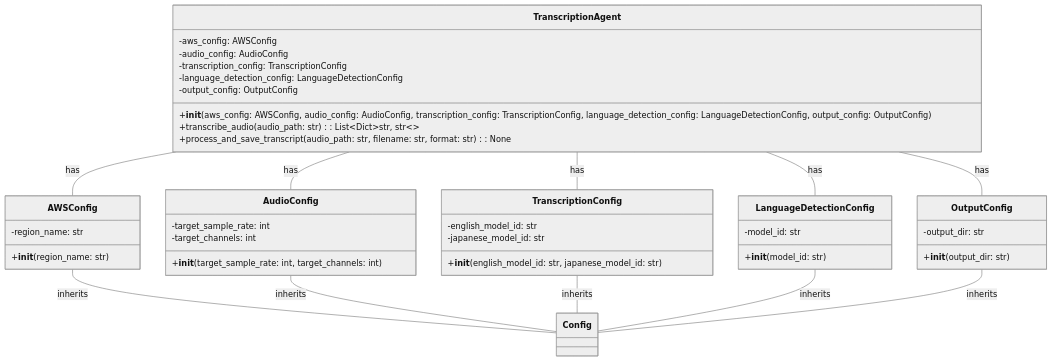
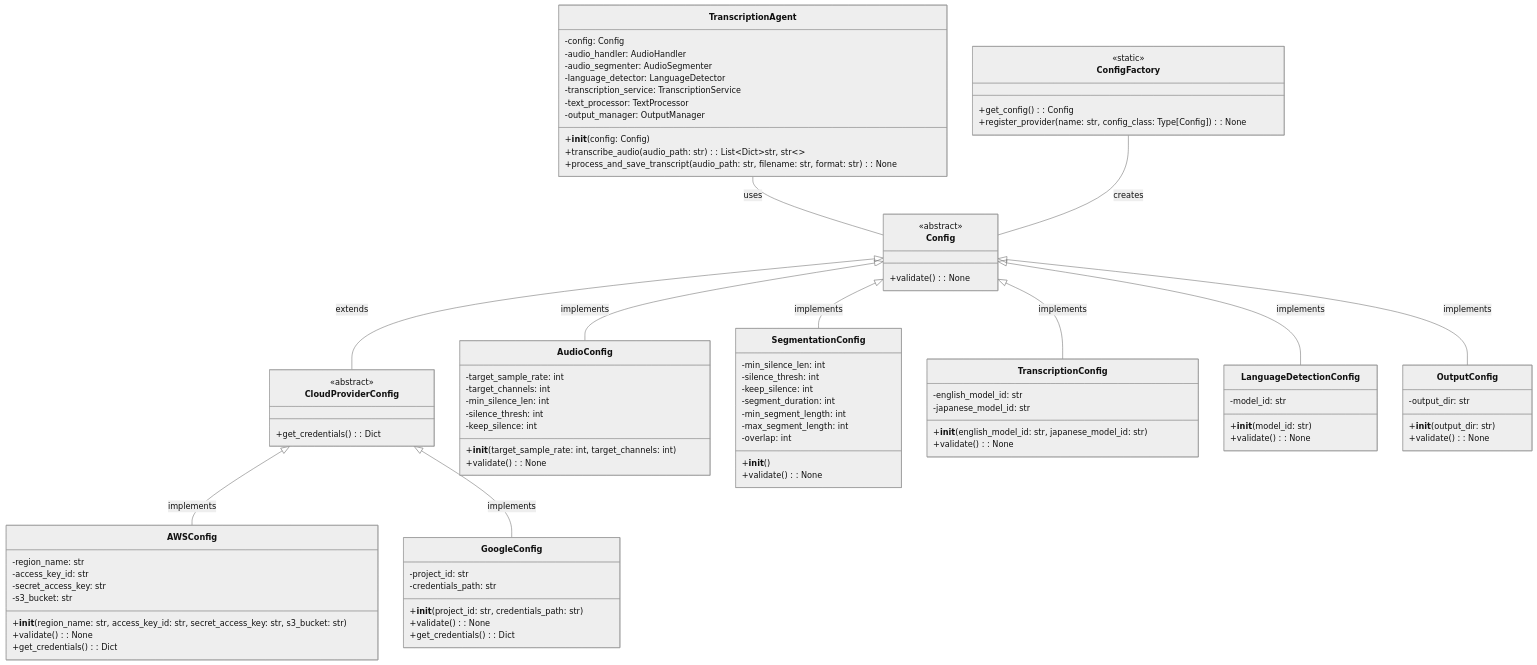
The first of 2 diagrams in docs/architecture.md (jbisetto/english-japanese-transcriber), drawn with Mermaid (neutral theme) before and after one commit. The commit also changed other lines of this file and 1 other file, not shown here.

````diff
--- a/docs/architecture.md
+++ b/docs/architecture.md
@@ -7,55 +7,101 @@
 ```mermaid
 classDiagram
   class TranscriptionAgent {
-    -aws_config: AWSConfig
-    -audio_config: AudioConfig
-    -transcription_config: TranscriptionConfig
-    -language_detection_config: LanguageDetectionConfig
-    -output_config: OutputConfig
-    +__init__(aws_config: AWSConfig, audio_config: AudioConfig, transcription_config: TranscriptionConfig, language_detection_config: LanguageDetectionConfig, output_config: OutputConfig)
+    -config: Config
+    -audio_handler: AudioHandler
+    -audio_segmenter: AudioSegmenter
+    -language_detector: LanguageDetector
+    -transcription_service: TranscriptionService
+    -text_processor: TextProcessor
+    -output_manager: OutputManager
+    +__init__(config: Config)
     +transcribe_audio(audio_path: str) : List~Dict~str, str~~
     +process_and_save_transcript(audio_path: str, filename: str, format: str) : None
   }
 
   class Config {
+    <<abstract>>
+    +validate() : None
+  }
+
+  class CloudProviderConfig {
+    <<abstract>>
+    +get_credentials() : Dict
   }
 
   class AWSConfig {
     -region_name: str
-    +__init__(region_name: str)
+    -access_key_id: str
+    -secret_access_key: str
+    -s3_bucket: str
+    +__init__(region_name: str, access_key_id: str, secret_access_key: str, s3_bucket: str)
+    +validate() : None
+    +get_credentials() : Dict
+  }
+
+  class GoogleConfig {
+    -project_id: str
+    -credentials_path: str
+    +__init__(project_id: str, credentials_path: str)
+    +validate() : None
+    +get_credentials() : Dict
   }
 
   class AudioConfig {
     -target_sample_rate: int
     -target_channels: int
+    -min_silence_len: int
+    -silence_thresh: int
+    -keep_silence: int
     +__init__(target_sample_rate: int, target_channels: int)
+    +validate() : None
+  }
+
+  class SegmentationConfig {
+    -min_silence_len: int
+    -silence_thresh: int
+    -keep_silence: int
+    -segment_duration: int
+    -min_segment_length: int
+    -max_segment_length: int
+    -overlap: int
+    +__init__()
+    +validate() : None
   }
 
   class TranscriptionConfig {
     -english_model_id: str
     -japanese_model_id: str
     +__init__(english_model_id: str, japanese_model_id: str)
+    +validate() : None
   }
 
   class LanguageDetectionConfig {
     -model_id: str
     +__init__(model_id: str)
+    +validate() : None
   }
 
   class OutputConfig {
     -output_dir: str
     +__init__(output_dir: str)
+    +validate() : None
   }
 
-  TranscriptionAgent -- AWSConfig : has
-  TranscriptionAgent -- AudioConfig : has
-  TranscriptionAgent -- TranscriptionConfig : has
-  TranscriptionAgent -- LanguageDetectionConfig : has
-  TranscriptionAgent -- OutputConfig : has
+  class ConfigFactory {
+    <<static>>
+    +get_config() : Config
+    +register_provider(name: str, config_class: Type[Config]) : None
+  }
 
-  AWSConfig -- Config : inherits
-  AudioConfig -- Config : inherits
-  TranscriptionConfig -- Config : inherits
-  LanguageDetectionConfig -- Config : inherits
-  OutputConfig -- Config : inherits
+  TranscriptionAgent -- Config : uses
+  Config <|-- CloudProviderConfig : extends
+  CloudProviderConfig <|-- AWSConfig : implements
+  CloudProviderConfig <|-- GoogleConfig : implements
+  Config <|-- AudioConfig : implements
+  Config <|-- SegmentationConfig : implements
+  Config <|-- TranscriptionConfig : implements
+  Config <|-- LanguageDetectionConfig : implements
+  Config <|-- OutputConfig : implements
+  ConfigFactory -- Config : creates
 ```
````
